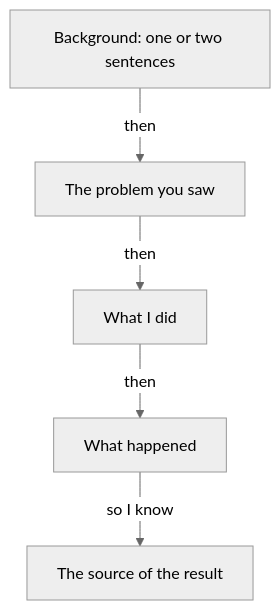
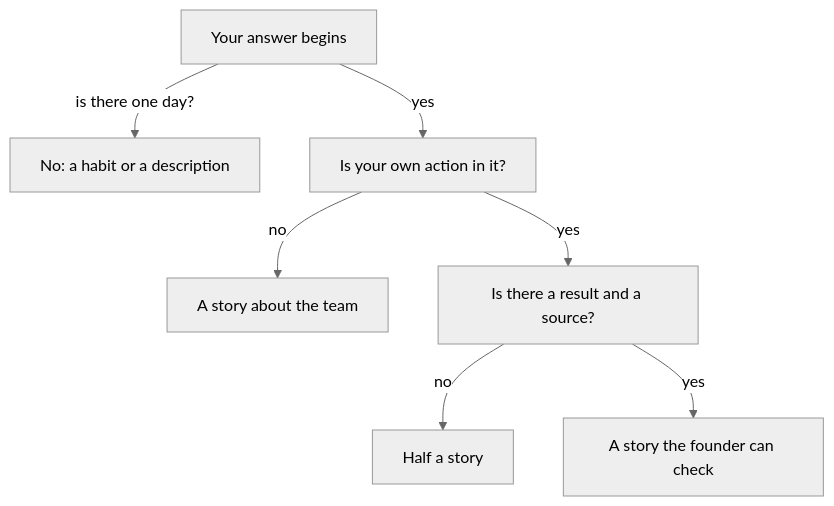
The diagram in courses/founder-interviews/01-stories-you-owned/01.02-one-time-not-usually.md (devweekends/Buildment), drawn with Mermaid (neutral theme) before and after one commit. The commit also changed other lines of this file and 12 other files, not shown here.

````diff
--- a/courses/founder-interviews/01-stories-you-owned/01.02-one-time-not-usually.md
+++ b/courses/founder-interviews/01-stories-you-owned/01.02-one-time-not-usually.md
@@ -63,7 +69,9 @@
 ```mermaid
 flowchart TD
-  A["Background: one or two sentences"] -->|"then"| B["The problem you saw"]
-  B -->|"then"| C["What I did"]
-  C -->|"then"| D["What happened"]
-  D -->|"so I know"| E["The source of the result"]
+  A["Your answer begins"] -->|"is there one day?"| B["No: a habit or a description"]
+  A -->|"yes"| C["Is your own action in it?"]
+  C -->|"no"| D["A story about the team"]
+  C -->|"yes"| E["Is there a result and a source?"]
+  E -->|"no"| F["Half a story"]
+  E -->|"yes"| G["A story the founder can check"]
 ```
````
